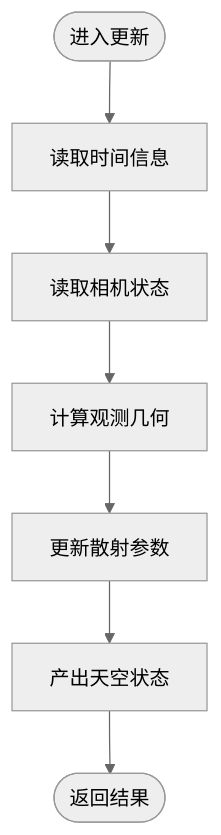
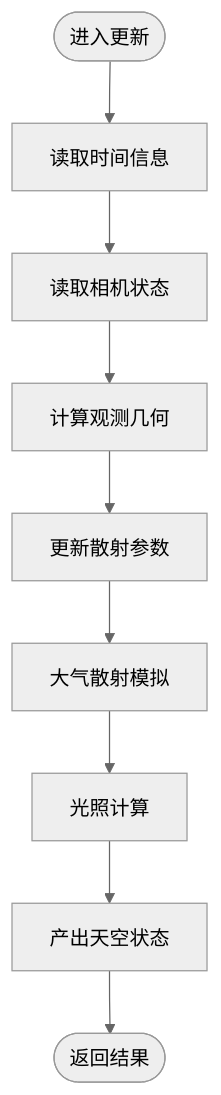
The third of 5 diagrams in .qoder/repowiki/zh/content/项目概述/核心特性/大气系统.md (rzhangjing/cesium), drawn with Mermaid (neutral theme) before and after one commit. The commit also changed other lines of this file and 60 other files, not shown here.

````diff
--- a/.qoder/repowiki/zh/content/项目概述/核心特性/大气系统.md
+++ b/.qoder/repowiki/zh/content/项目概述/核心特性/大气系统.md
@@ -162,9 +173,11 @@
 ```mermaid
 flowchart TD
 Start(["进入更新"]) --> ReadTime["读取时间信息"]
 ReadTime --> ReadCamera["读取相机状态"]
 ReadCamera --> ComputeGeometry["计算观测几何"]
 ComputeGeometry --> UpdateParams["更新散射参数"]
-UpdateParams --> OutputState["产出天空状态"]
+UpdateParams --> AtmosphericScattering["大气散射模拟"]
+AtmosphericScattering --> LightingCalculation["光照计算"]
+LightingCalculation --> OutputState["产出天空状态"]
 OutputState --> End(["返回结果"])
 ```
````
